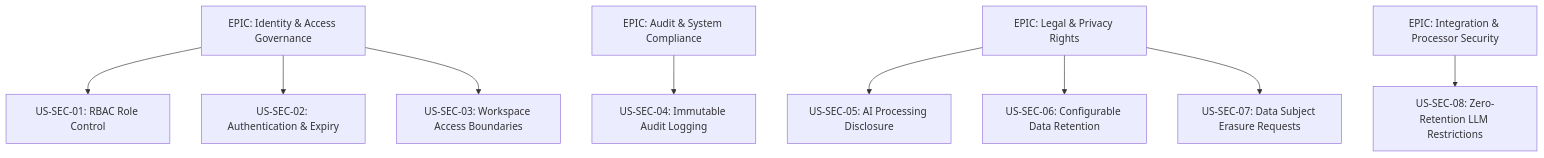
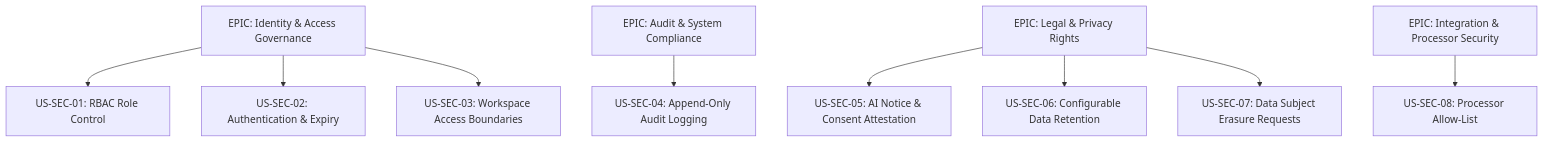
One commit to Neel7780/AI-Powered-Meeting-to-Action-Converter changed the diagram in doc/Admin_Security_Legal_Privacy_Requirements_refined.md. Above: the diagram before and after it, drawn with Mermaid. The commit also changed other lines of this file and 6 other files, not shown here.

````diff
--- a/doc/Admin_Security_Legal_Privacy_Requirements_refined.md
+++ b/doc/Admin_Security_Legal_Privacy_Requirements_refined.md
@@ -326,14 +342,14 @@
 ```mermaid
 graph TD
     Epic1[EPIC: Identity & Access Governance] --> USSEC01[US-SEC-01: RBAC Role Control]
     Epic1 --> USSEC02[US-SEC-02: Authentication & Expiry]
     Epic1 --> USSEC03[US-SEC-03: Workspace Access Boundaries]
     
-    Epic2[EPIC: Audit & System Compliance] --> USSEC04[US-SEC-04: Immutable Audit Logging]
+    Epic2[EPIC: Audit & System Compliance] --> USSEC04[US-SEC-04: Append-Only Audit Logging]
     
-    Epic3[EPIC: Legal & Privacy Rights] --> USSEC05[US-SEC-05: AI Processing Disclosure]
+    Epic3[EPIC: Legal & Privacy Rights] --> USSEC05[US-SEC-05: AI Notice & Consent Attestation]
     Epic3 --> USSEC06[US-SEC-06: Configurable Data Retention]
     Epic3 --> USSEC07[US-SEC-07: Data Subject Erasure Requests]
     
-    Epic4[EPIC: Integration & Processor Security] --> USSEC08[US-SEC-08: Zero-Retention LLM Restrictions]
+    Epic4[EPIC: Integration & Processor Security] --> USSEC08[US-SEC-08: Processor Allow-List]
 ```
````
